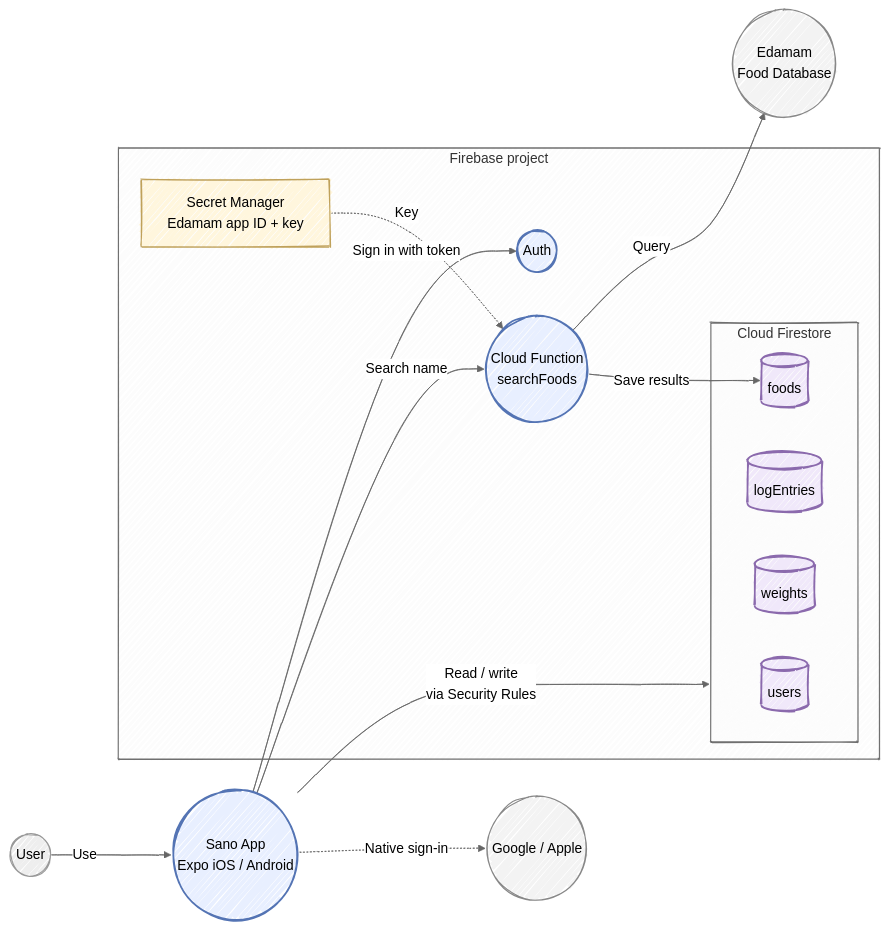
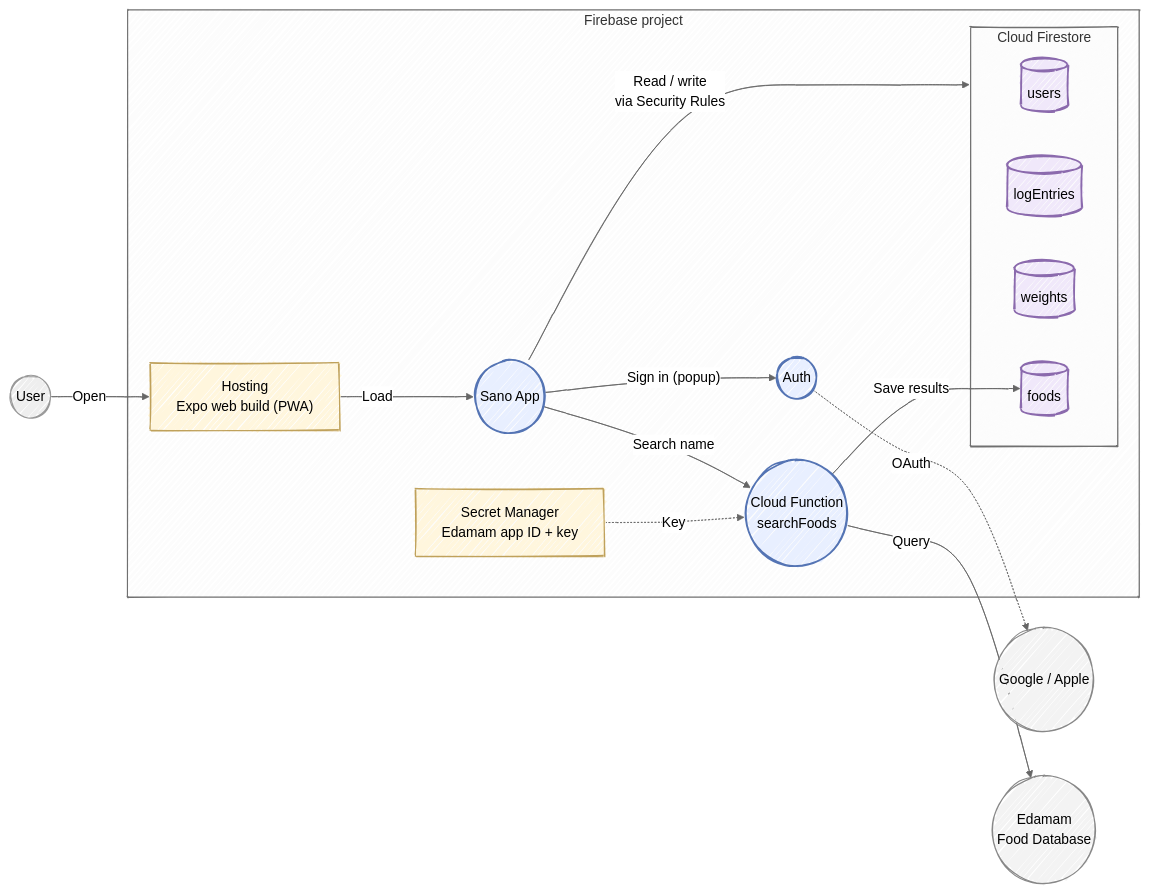
The first of 4 diagrams in docs/mvp.md (ai-rayven/wellness-ai), drawn with Mermaid before and after one commit. The commit also changed other lines of this file, not shown here.

Commit message:
MVP docs: ship as an Expo web PWA on Firebase Hosting first
Web popup sign-in for Google/Apple; native sign-in, account deletion and EAS store builds
move to a later App Store phase.

Claude-Session: https://claude.ai/code/session_01AUCUZHMS43Mgvj16L2G2sR

````diff
--- a/docs/mvp.md
+++ b/docs/mvp.md
@@ -36,43 +38,44 @@
 ```mermaid
 ---
 config:
   look: handDrawn
   theme: neutral
 ---
 flowchart LR
     user(("User"))
     social(("Google / Apple"))
     edamam(("Edamam<br/>Food Database"))
 
-    app(("Sano App<br/>Expo iOS / Android"))
-
     subgraph fb["Firebase project"]
+        hosting["Hosting<br/>Expo web build (PWA)"]
+        app(("Sano App"))
         auth(("Auth"))
         fn(("Cloud Function<br/>searchFoods"))
         secret["Secret Manager<br/>Edamam app ID + key"]
         subgraph fs["Cloud Firestore"]
             users[("users")]
             logs[("logEntries")]
             weights[("weights")]
             foods[("foods")]
         end
     end
 
-    user -->|"Use"| app
-    app -.->|"Native sign-in"| social
-    app -->|"Sign in with token"| auth
+    user -->|"Open"| hosting
+    hosting -->|"Load"| app
+    app -->|"Sign in (popup)"| auth
+    auth -.->|"OAuth"| social
     app -->|"Read / write<br/>via Security Rules"| fs
     app -->|"Search name"| fn
     secret -.->|"Key"| fn
     fn -->|"Query"| edamam
     fn -->|"Save results"| foods
 
     classDef service fill:#e8efff,stroke:#5474b4,stroke-width:2px
     classDef store fill:#f0e8fa,stroke:#8b6aad,stroke-width:2px
     classDef artifact fill:#fff6dd,stroke:#bfa15b
     classDef external fill:#f3f3f3,stroke:#888
     class app,auth,fn service
     class users,foods,logs,weights store
-    class secret artifact
+    class hosting,secret artifact
     class social,edamam external
 ```
````
